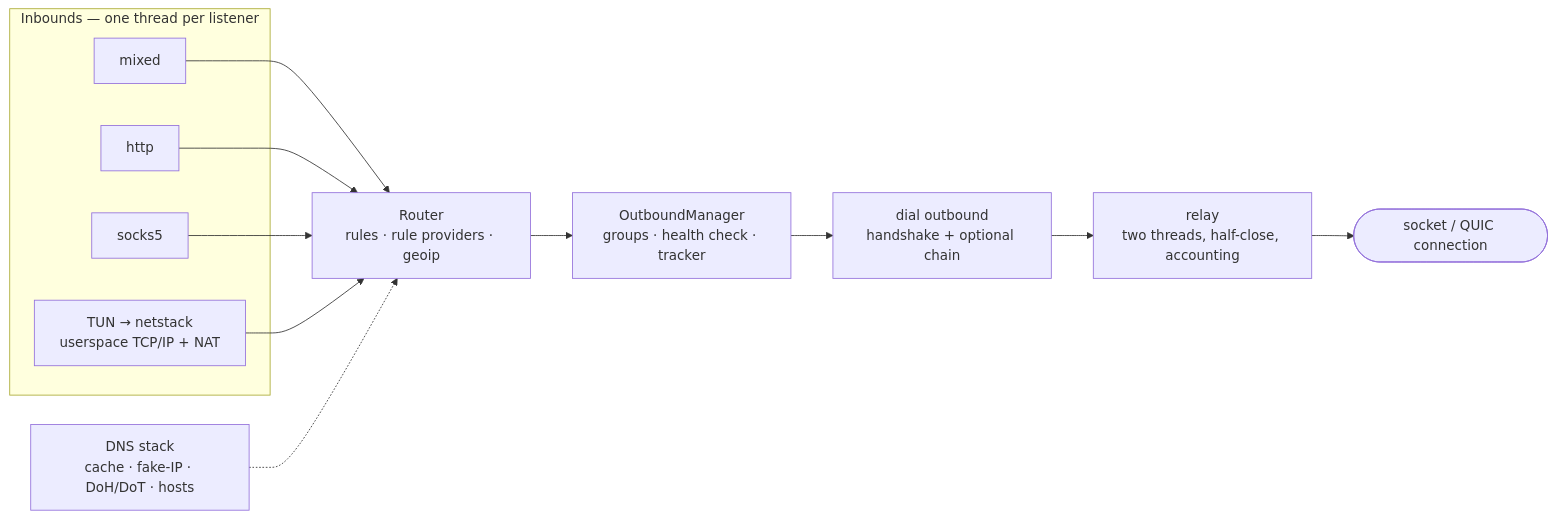
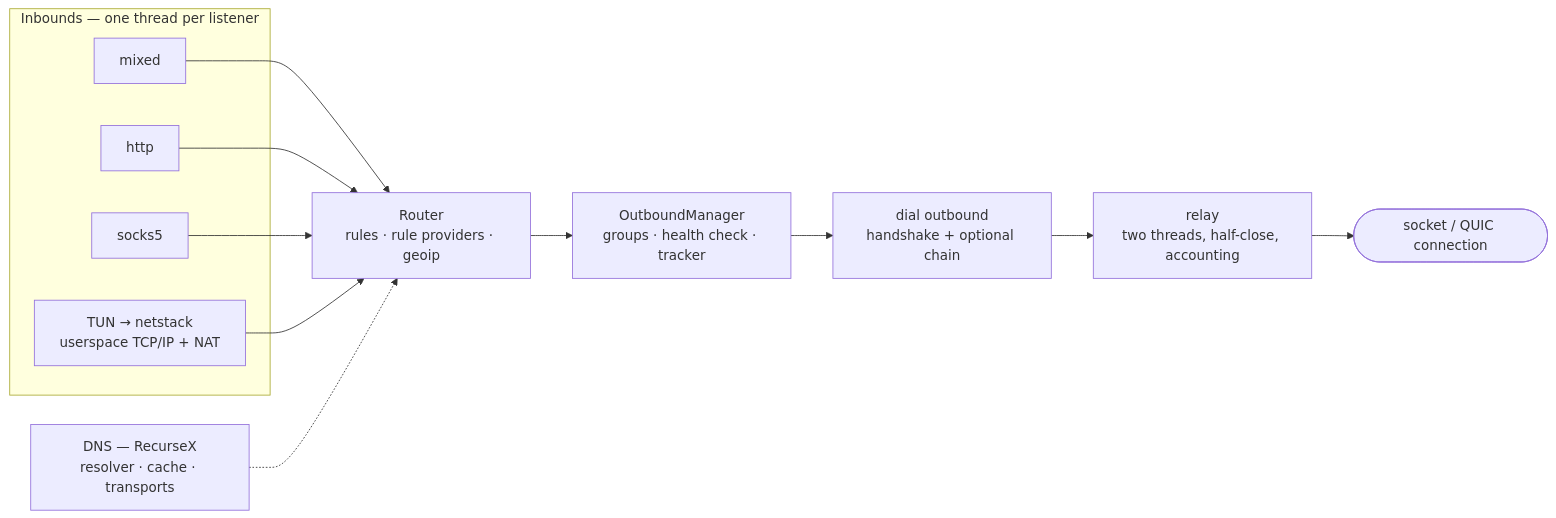
Before and after one commit to blueokanna/Corduit: the first of 3 diagrams in README.md, drawn with Mermaid. The commit also changed other lines of this file and 94 other files, not shown here.

````diff
--- a/README.md
+++ b/README.md
@@ -78,16 +88,16 @@
 ```mermaid
 flowchart LR
     subgraph IN["Inbounds — one thread per listener"]
         MIX["mixed"]
         HTTP["http"]
         S5["socks5"]
         TUN["TUN → netstack<br/>userspace TCP/IP + NAT"]
     end
 
     MIX & HTTP & S5 & TUN --> RT["Router<br/>rules · rule providers · geoip"]
-    DNS["DNS stack<br/>cache · fake-IP · DoH/DoT · hosts"] -.-> RT
+    DNS["DNS — RecurseX<br/>resolver · cache · transports"] -.-> RT
     RT --> OM["OutboundManager<br/>groups · health check · tracker"]
     OM --> DIAL["dial outbound<br/>handshake + optional chain"]
     DIAL --> RELAY["relay<br/>two threads, half-close, accounting"]
     RELAY --> NET(["socket / QUIC connection"])
 ```
````
